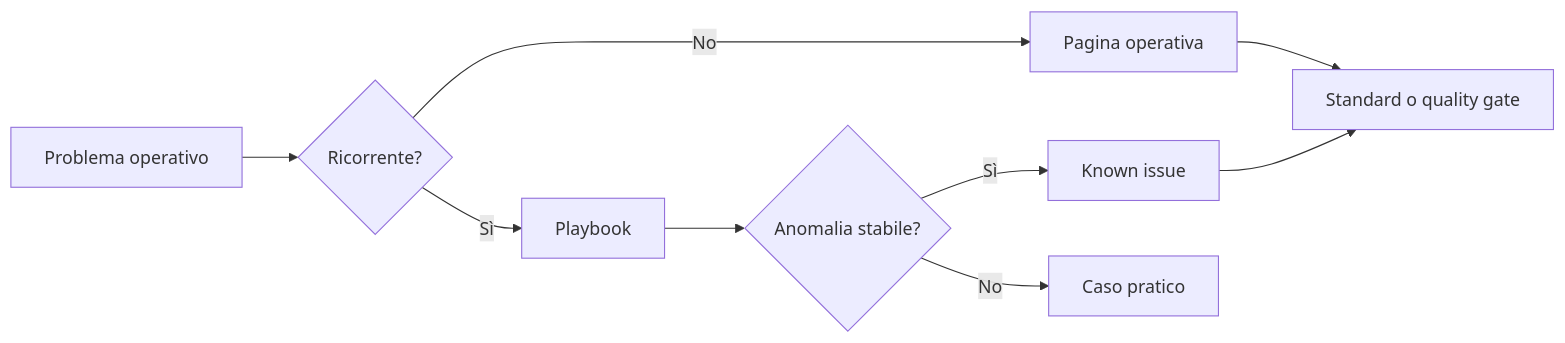
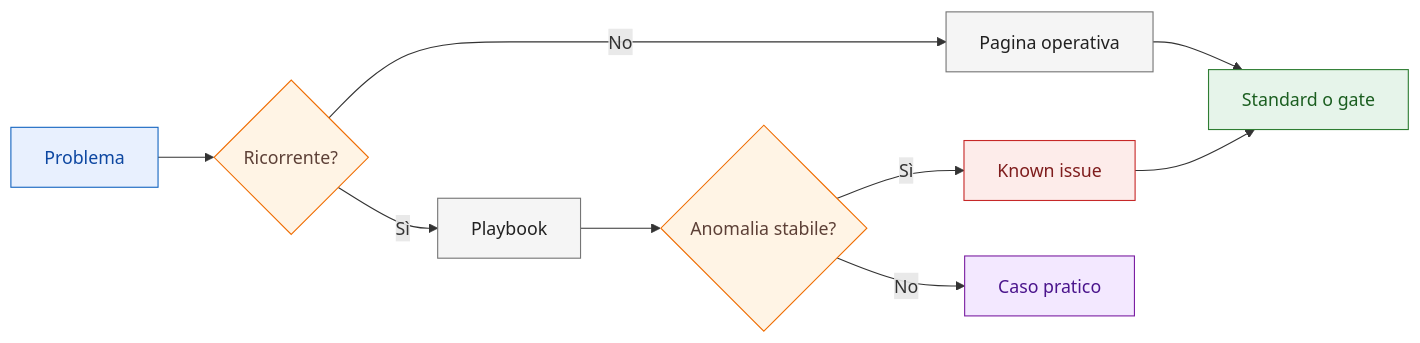
One commit to robertochello/spac-start-knowledge-base changed the diagram in docs/00-overview.md. Above: the diagram before and after it, drawn with Mermaid. The commit also changed 27 other files, not shown here.

Commit message:
docs: standardize diagrams and visual cues

````diff
--- a/docs/00-overview.md
+++ b/docs/00-overview.md
@@ -72,11 +72,18 @@
 ```mermaid
 flowchart LR
-    A[Problema operativo] --> B{Ricorrente?}
-    B -->|No| C[Pagina operativa]
-    B -->|Sì| D[Playbook]
-    D --> E{Anomalia stabile?}
-    E -->|Sì| F[Known issue]
-    E -->|No| G[Caso pratico]
-    C --> H[Standard o quality gate]
+    A[Problema]:::info --> B{Ricorrente?}:::warn
+    B -->|No| C[Pagina operativa]:::process
+    B -->|Sì| D[Playbook]:::process
+    D --> E{Anomalia stabile?}:::warn
+    E -->|Sì| F[Known issue]:::danger
+    E -->|No| G[Caso pratico]:::todo
+    C --> H[Standard o gate]:::ok
     F --> H
+
+    classDef ok fill:#e6f4ea,stroke:#2e7d32,color:#1b5e20;
+    classDef warn fill:#fff4e5,stroke:#ef6c00,color:#5d4037;
+    classDef danger fill:#fdecea,stroke:#c62828,color:#7f1d1d;
+    classDef info fill:#e8f0fe,stroke:#1565c0,color:#0d47a1;
+    classDef todo fill:#f3e8ff,stroke:#7b1fa2,color:#4a148c;
+    classDef process fill:#f5f5f5,stroke:#757575,color:#212121;
 ```
````
